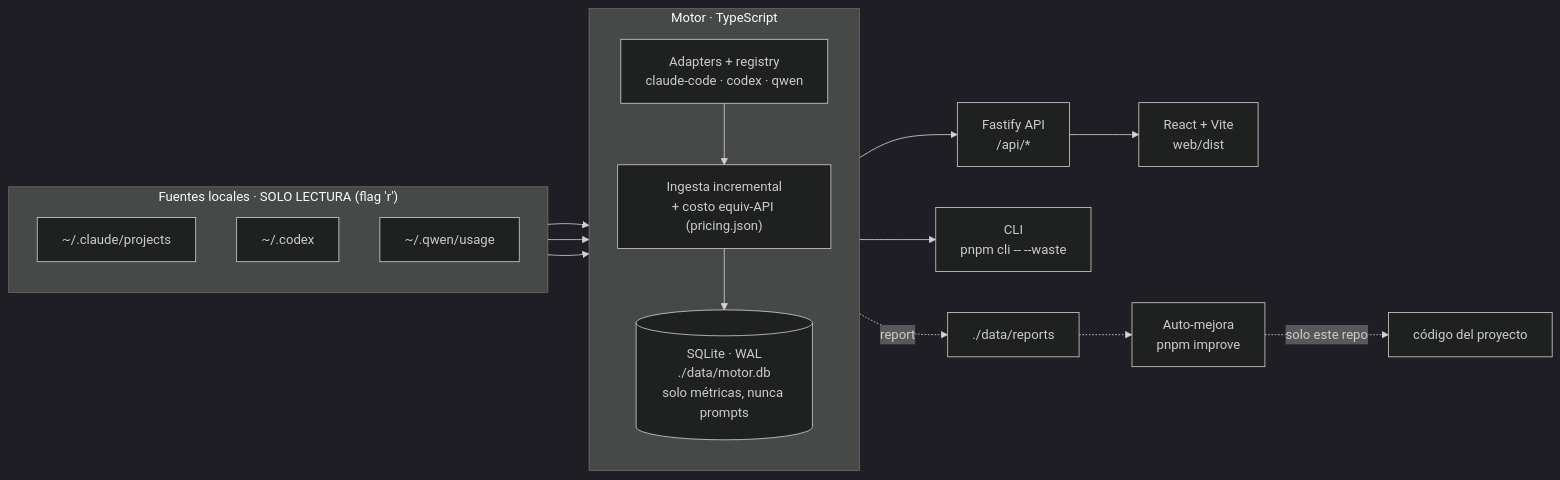
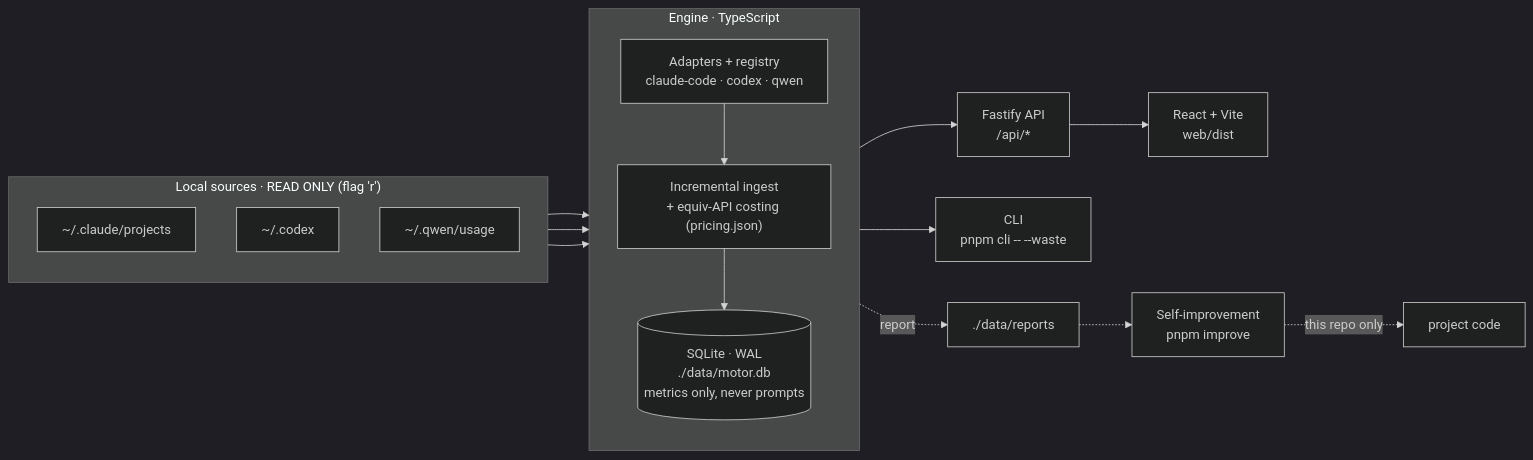
Before and after one commit to Adudu02/DFT: the diagram in README.md, drawn with Mermaid (dark theme). The commit also changed other lines of this file and 5 other files, not shown here.

````diff
--- a/README.md
+++ b/README.md
@@ -27,30 +28,30 @@
 ```mermaid
 flowchart LR
-  subgraph src["Fuentes locales · SOLO LECTURA (flag 'r')"]
+  subgraph src["Local sources · READ ONLY (flag 'r')"]
     direction TB
     CC["~/.claude/projects"]
     CX["~/.codex"]
     QW["~/.qwen/usage"]
   end
 
-  subgraph engine["Motor · TypeScript"]
+  subgraph engine["Engine · TypeScript"]
     direction TB
     REG["Adapters + registry<br/>claude-code · codex · qwen"]
-    ING["Ingesta incremental<br/>+ costo equiv-API (pricing.json)"]
-    DB[("SQLite · WAL<br/>./data/motor.db<br/>solo métricas, nunca prompts")]
+    ING["Incremental ingest<br/>+ equiv-API costing (pricing.json)"]
+    DB[("SQLite · WAL<br/>./data/motor.db<br/>metrics only, never prompts")]
     REG --> ING --> DB
   end
 
   API["Fastify API<br/>/api/*"]
   WEB["React + Vite<br/>web/dist"]
   CLI["CLI<br/>pnpm cli -- --waste"]
-  IMP["Auto-mejora<br/>pnpm improve"]
+  IMP["Self-improvement<br/>pnpm improve"]
 
   CC --> REG
   CX --> REG
   QW --> REG
   DB --> API --> WEB
   DB --> CLI
   DB -. report .-> RPT["./data/reports"] -.-> IMP
-  IMP -. solo este repo .-> REPO["código del proyecto"]
+  IMP -. this repo only .-> REPO["project code"]
 ```
````
